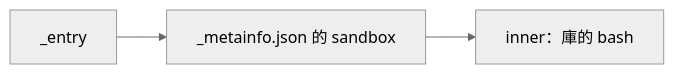
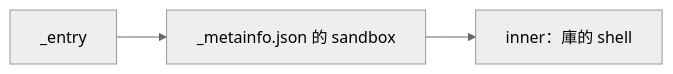
The diagram in proto8/cmd/aos-sandbox/examples/shell-boxed/README.md (justty32/aos), drawn with Mermaid (neutral theme) before and after one commit. The commit also changed other lines of this file and 88 other files, not shown here.

````diff
--- a/proto8/cmd/aos-sandbox/examples/shell-boxed/README.md
+++ b/proto8/cmd/aos-sandbox/examples/shell-boxed/README.md
@@ -3,4 +3,4 @@
 ```mermaid
 flowchart LR
-  E[_entry] --> S[_metainfo.json 的 sandbox] --> B[inner：庫的 bash]
+  E[_entry] --> S[_metainfo.json 的 sandbox] --> B[inner：庫的 shell]
 ```
````
